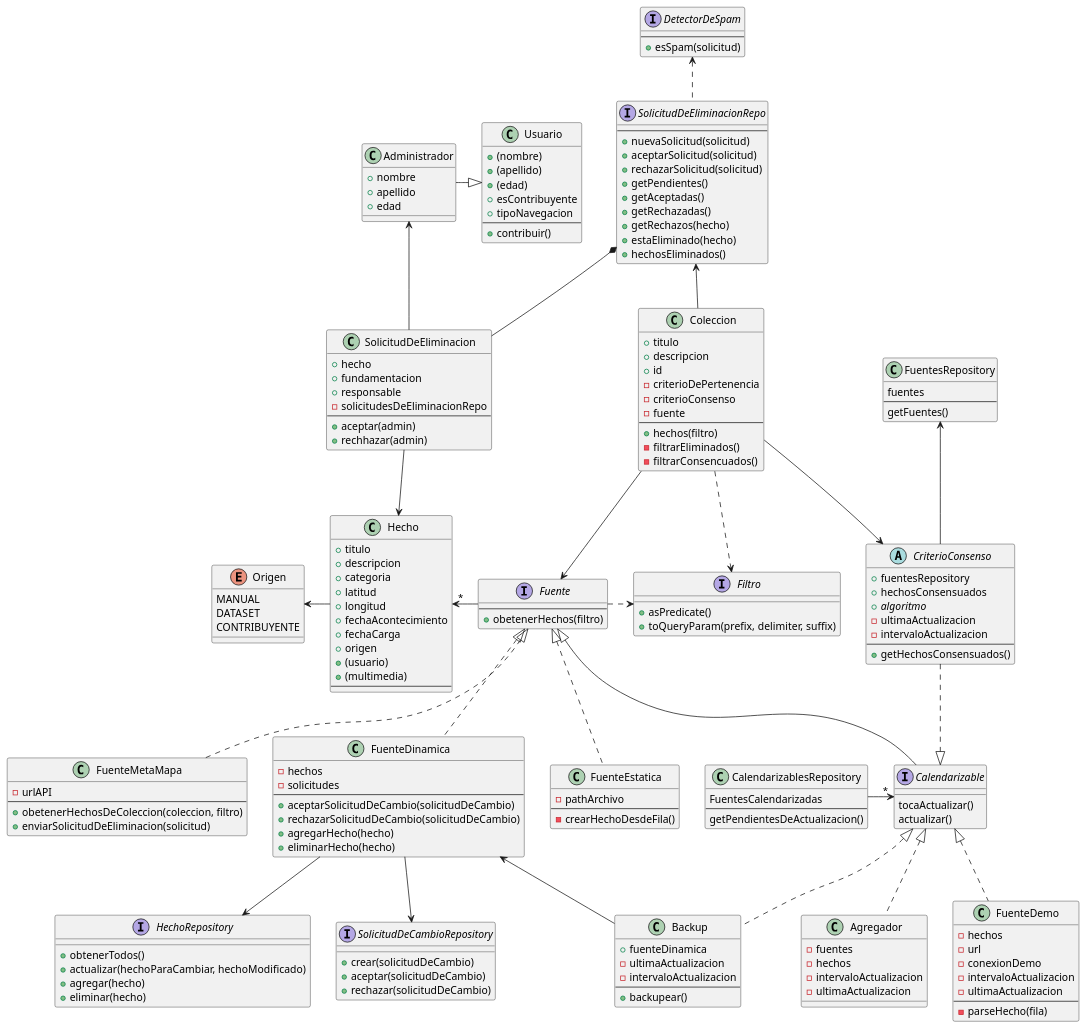
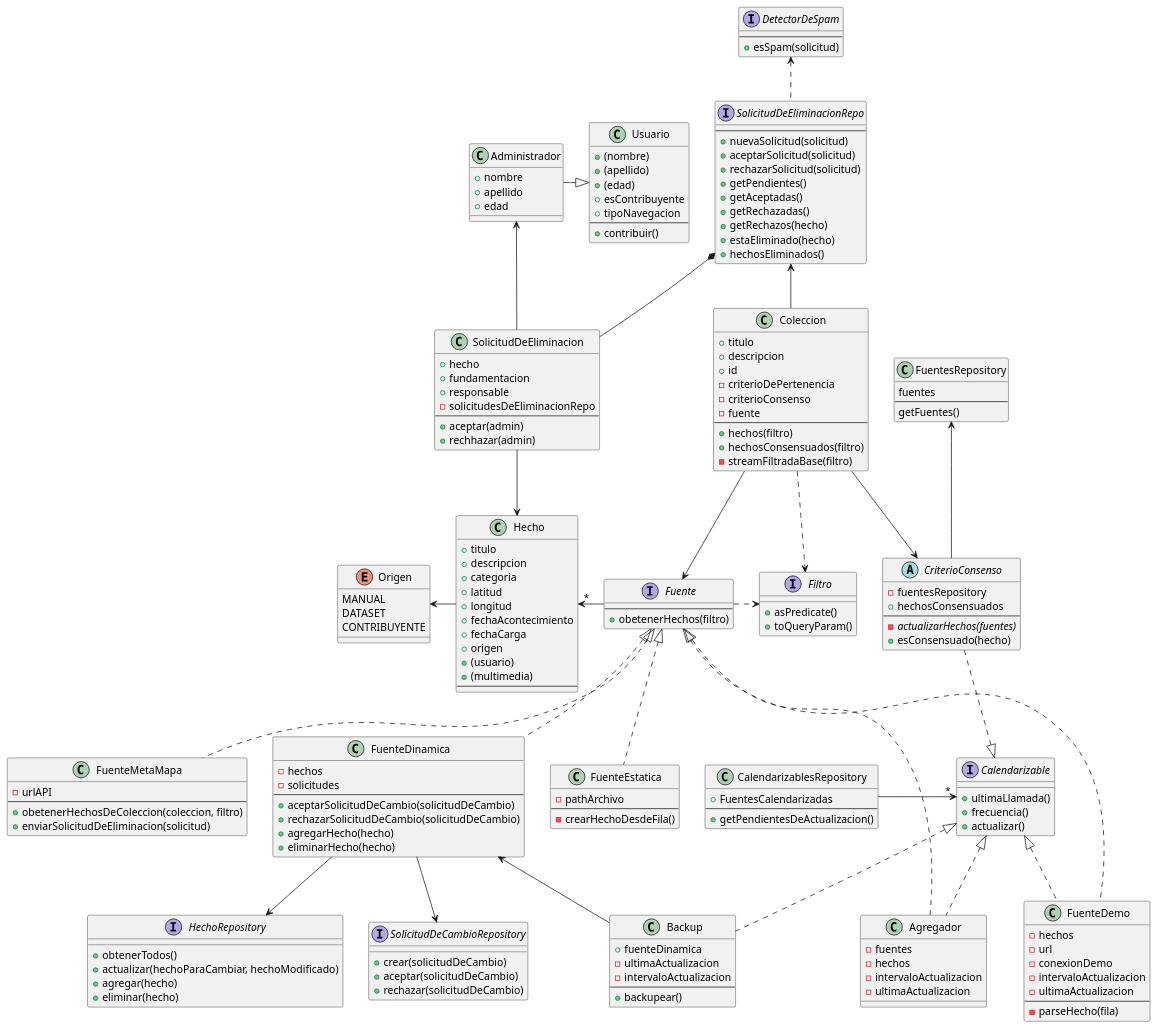
One commit to lrizzitano/Metamapa changed the diagram in diagramas/diagrama-clases.puml. Above: the diagram before and after it, drawn with PlantUML. The commit also changed 6 other files, not shown here.

```diff
--- a/diagramas/diagrama-clases.puml
+++ b/diagramas/diagrama-clases.puml
@@ -54,18 +54,16 @@
     -fuente
     --
     +hechos(filtro)
-    -filtrarEliminados()
-    -filtrarConsencuados()
+    +hechosConsensuados(filtro)
+    -streamFiltradaBase(filtro)
 }
 
 abstract class CriterioConsenso {
-    +fuentesRepository
+    -fuentesRepository
     +hechosConsensuados
-    +algoritmo {abstract}
-    -ultimaActualizacion
-    -intervaloActualizacion
     --
-    +getHechosConsensuados()
+    -actualizarHechos(fuentes) {abstract}
+    +esConsensuado(hecho)
 }
 
 class Backup {
@@ -109,7 +107,7 @@
 
 interface Filtro {
     +asPredicate()
-    +toQueryParam(prefix, delimiter, suffix)
+    +toQueryParam()
 }
 
 class FuenteEstatica {
@@ -128,7 +126,7 @@
     +eliminarHecho(hecho)
 }
 
-interface  HechoRepository {
+interface HechoRepository {
     +obtenerTodos()
     +actualizar(hechoParaCambiar, hechoModificado)
     +agregar(hecho)
@@ -159,14 +157,15 @@
 }
 
 class CalendarizablesRepository {
-    FuentesCalendarizadas
+    +FuentesCalendarizadas
     --
-    getPendientesDeActualizacion()
+    +getPendientesDeActualizacion()
 }
 
 interface Calendarizable {
-    tocaActualizar()
-    actualizar()
+    +ultimaLlamada()
+    +frecuencia()
+    +actualizar()
 }
 
 class Agregador {
@@ -189,8 +188,9 @@
 Fuente .r.>Filtro
 
 FuenteEstatica .u.|> Fuente
-Calendarizable -u-|> Fuente
 FuenteMetaMapa .u.|> Fuente
+FuenteDemo .u.|> Fuente
+Agregador .u.|> Fuente
 FuenteDemo .u.|> Calendarizable
 FuenteDinamica .u.|> Fuente
 FuenteDinamica --> HechoRepository
```
